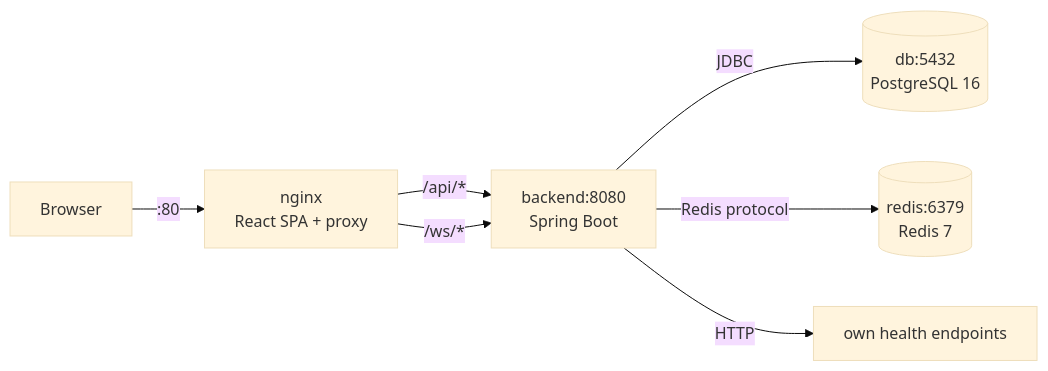
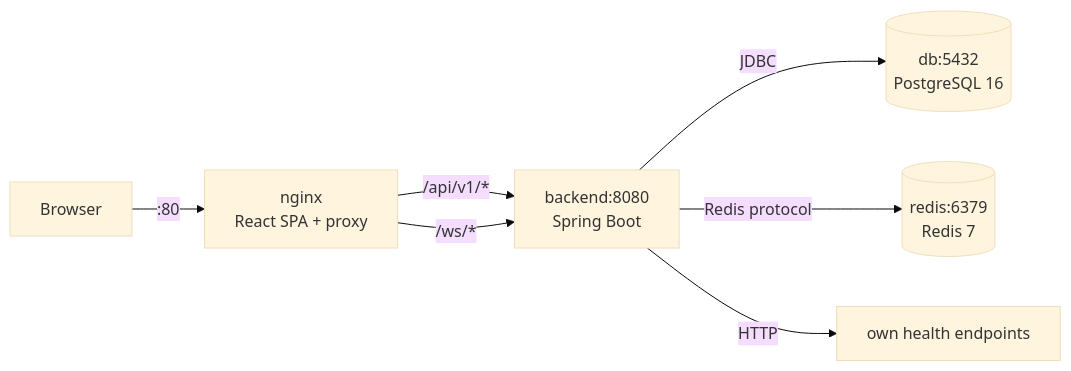
The seventh of 7 diagrams in docs/DIAGRAMS.md (gaurav-amritkar/med-os), drawn with Mermaid (base theme) before and after one commit. The commit also changed other lines of this file and 35 other files, not shown here.

````diff
--- a/docs/DIAGRAMS.md
+++ b/docs/DIAGRAMS.md
@@ -236,9 +273,9 @@
 ```mermaid
 flowchart LR
     BR[Browser] -->|:80| NGINX[nginx<br/>React SPA + proxy]
-    NGINX -->|/api/* | BE[backend:8080<br/>Spring Boot]
+    NGINX -->|/api/v1/*| BE[backend:8080<br/>Spring Boot]
     NGINX -->|/ws/*| BE
     BE -->|JDBC| PG[(db:5432<br/>PostgreSQL 16)]
     BE -->|Redis protocol| RD[(redis:6379<br/>Redis 7)]
     BE -->|HTTP| SELF[own health endpoints]
 ```
````
